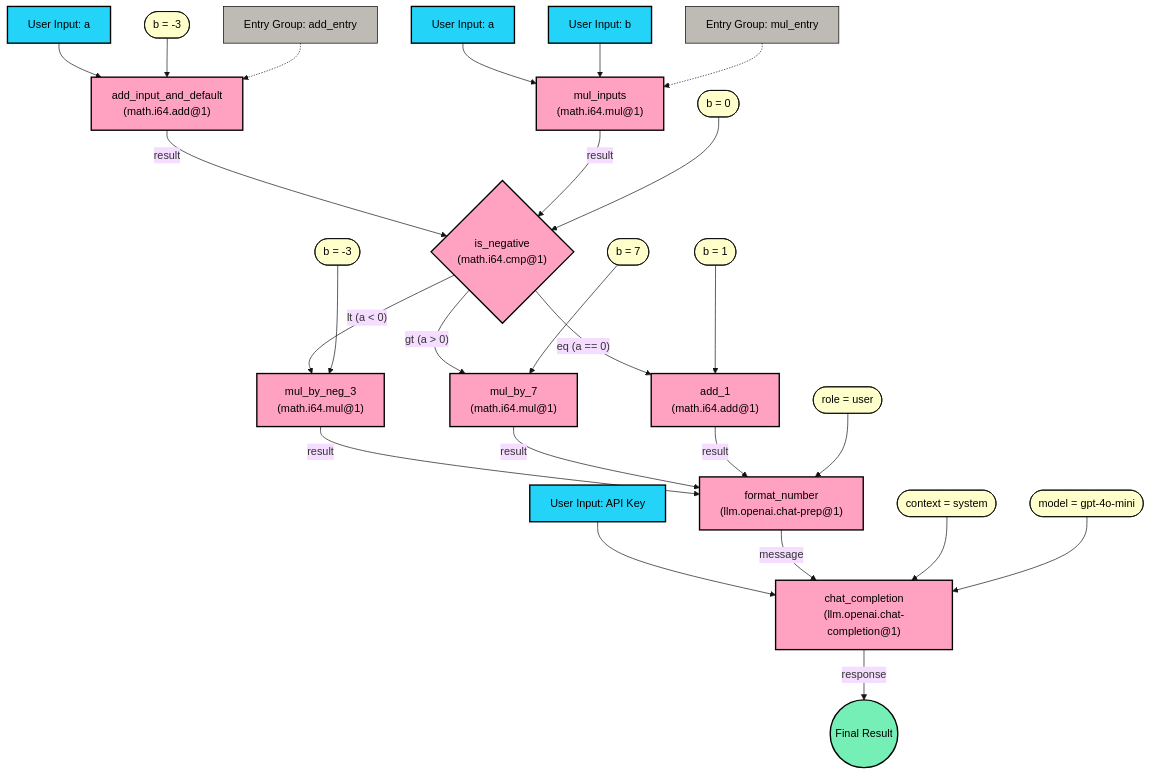
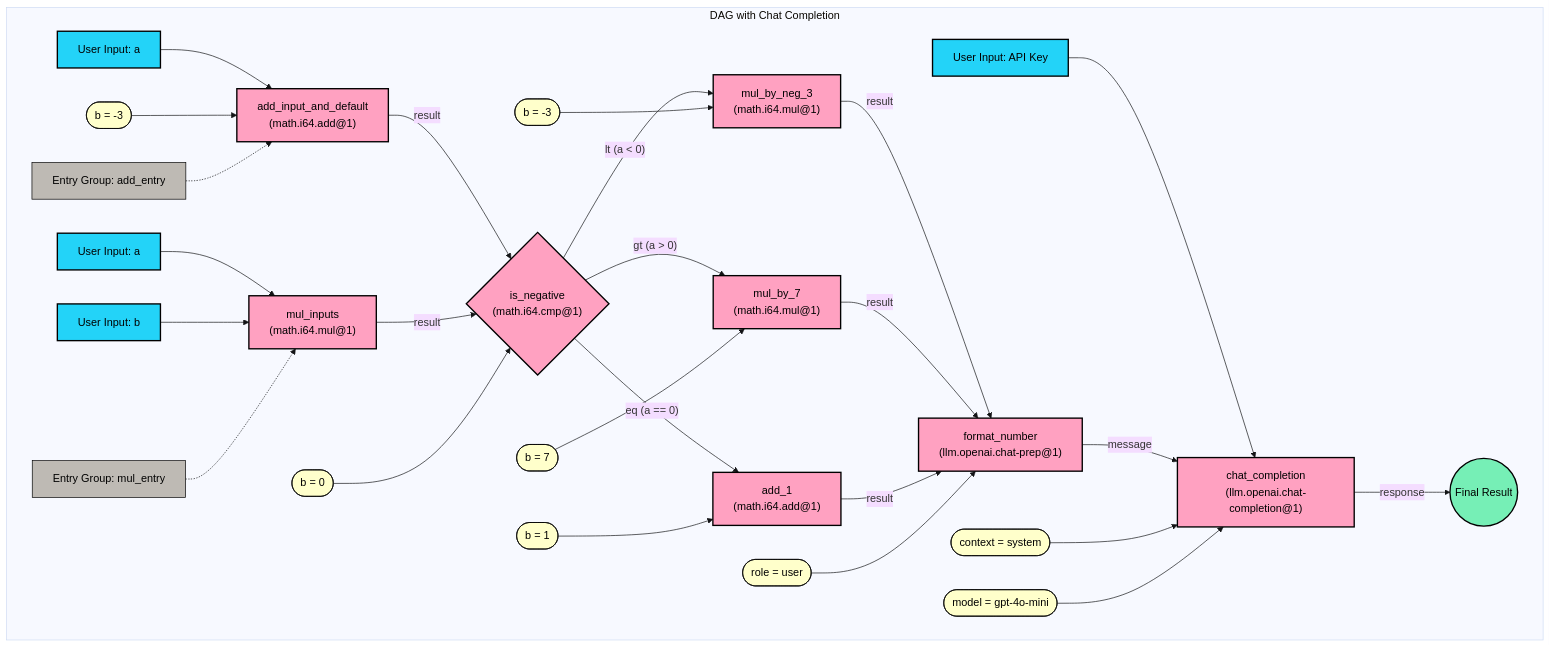
Before and after one commit to Talus-Network/nexus-sdk: the diagram in docs/guides/math_branching_with_chat.md, drawn with Mermaid. The commit also changed 1 other file, not shown here.

Commit message:
add subgraphs for background

````diff
--- a/docs/guides/math_branching_with_chat.md
+++ b/docs/guides/math_branching_with_chat.md
@@ -213,56 +213,58 @@
 ```mermaid
 %%{init: {'theme': 'base', 'themeVariables': { 'background': '#ECEBE9' }}}%%
 graph TD
-    %% Entry points and their inputs
-    InputA1[User Input: a] --> A["add_input_and_default<br>(math.i64.add@1)"];
-    Def1([b = -3]) --> A;
-    InputM1[User Input: a] --> M["mul_inputs<br>(math.i64.mul@1)"];
-    InputM2[User Input: b] --> M;
-    APIKey[User Input: API Key] --> C["chat_completion<br>(llm.openai.chat-completion@1)"];
-    
-    %% Entry group indicators
-    EG1["Entry Group: add_entry"] -.-> A;
-    EG2["Entry Group: mul_entry"] -.-> M;
-    
-    %% Main flow from entry paths to comparison
-    A -- "result" --> B{"is_negative<br>(math.i64.cmp@1)"};
-    M -- "result" --> B;
-    Def2([b = 0]) --> B;
-    
-    %% Branching paths based on comparison
-    B -- "lt (a < 0)" --> C1["mul_by_neg_3<br>(math.i64.mul@1)"];
-    Def3([b = -3]) --> C1;
-    
-    B -- "gt (a > 0)" --> D1["mul_by_7<br>(math.i64.mul@1)"];
-    Def4([b = 7]) --> D1;
-    
-    B -- "eq (a == 0)" --> E1["add_1<br>(math.i64.add@1)"];
-    Def5([b = 1]) --> E1;
-    
-    %% Connect to number formatter
-    C1 -- "result" --> F["format_number<br>(llm.openai.chat-prep@1)"];
-    D1 -- "result" --> F;
-    E1 -- "result" --> F;
-    Def6([role = user]) --> F;
-    
-    %% Connect to chat completion
-    F -- "message" --> C;
-    Def7([context = system]) --> C;
-    Def8([model = gpt-4o-mini]) --> C;
-    
-    %% Final result
-    C -- "response" --> Result((Final Result));
+    subgraph "DAG with Chat Completion"
+        %% Entry points and their inputs
+        InputA1[User Input: a] --> A["add_input_and_default<br>(math.i64.add@1)"];
+        Def1([b = -3]) --> A;
+        InputM1[User Input: a] --> M["mul_inputs<br>(math.i64.mul@1)"];
+        InputM2[User Input: b] --> M;
+        APIKey[User Input: API Key] --> C["chat_completion<br>(llm.openai.chat-completion@1)"];
+        
+        %% Entry group indicators
+        EG1["Entry Group: add_entry"] -.-> A;
+        EG2["Entry Group: mul_entry"] -.-> M;
+        
+        %% Main flow from entry paths to comparison
+        A -- "result" --> B{"is_negative<br>(math.i64.cmp@1)"};
+        M -- "result" --> B;
+        Def2([b = 0]) --> B;
+        
+        %% Branching paths based on comparison
+        B -- "lt (a < 0)" --> C1["mul_by_neg_3<br>(math.i64.mul@1)"];
+        Def3([b = -3]) --> C1;
+        
+        B -- "gt (a > 0)" --> D1["mul_by_7<br>(math.i64.mul@1)"];
+        Def4([b = 7]) --> D1;
+        
+        B -- "eq (a == 0)" --> E1["add_1<br>(math.i64.add@1)"];
+        Def5([b = 1]) --> E1;
+        
+        %% Connect to number formatter
+        C1 -- "result" --> F["format_number<br>(llm.openai.chat-prep@1)"];
+        D1 -- "result" --> F;
+        E1 -- "result" --> F;
+        Def6([role = user]) --> F;
+        
+        %% Connect to chat completion
+        F -- "message" --> C;
+        Def7([context = system]) --> C;
+        Def8([model = gpt-4o-mini]) --> C;
+        
+        %% Final result
+        C -- "response" --> Result((Final Result));
+    end
 
     %% Styling
     classDef tool fill:#FFA1C1,stroke:#000000,stroke-width:2px,color:#000000;
     classDef input fill:#23D3F8,stroke:#000000,stroke-width:2px,color:#000000;
     classDef output fill:#76EFB6,stroke:#000000,stroke-width:2px,color:#000000;
     classDef default fill:#FFFFCB,stroke:#000000,stroke-width:1px,color:#000000;
     classDef entrygroup fill:#BEBAB4,stroke:#000000,stroke-width:1px,color:#000000;
     
     class A,C1,D1,E1,M,F,C,B tool;
     class InputA1,InputM1,InputM2,APIKey input;
     class Result output;
     class Def1,Def2,Def3,Def4,Def5,Def6,Def7,Def8 default;
     class EG1,EG2 entrygroup;
 ```
````
